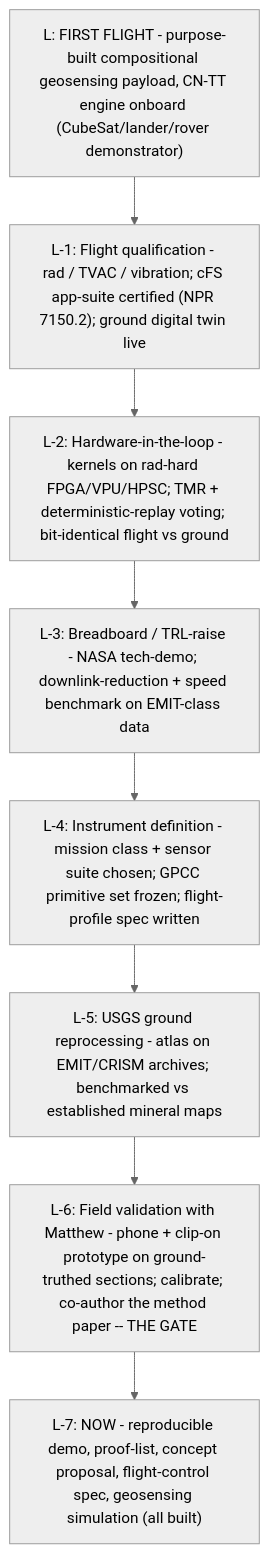
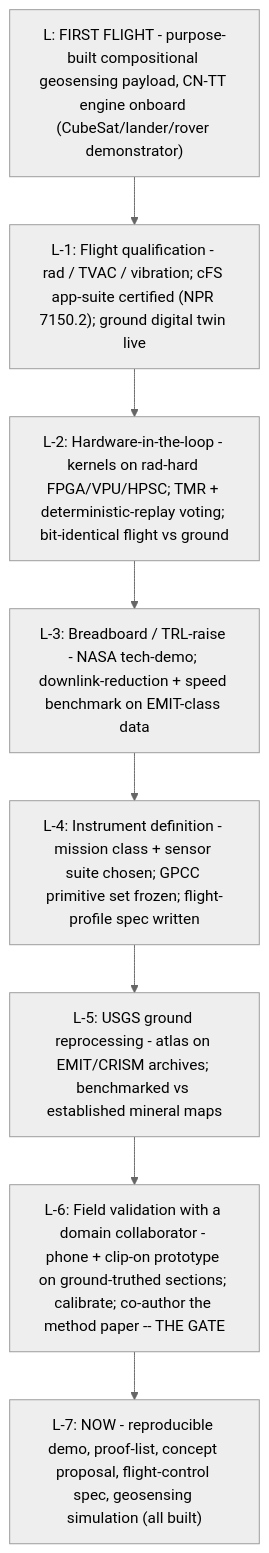
One commit to PeterHiggins19/higgins-decomposition changed the diagram in collaborations/geology-wehner/GEOSENSING_FLIGHT_ROADMAP.md. Above: the diagram before and after it, drawn with Mermaid (neutral theme). The commit also changed other lines of this file and 207 other files, not shown here.

````diff
--- a/collaborations/geology-wehner/GEOSENSING_FLIGHT_ROADMAP.md
+++ b/collaborations/geology-wehner/GEOSENSING_FLIGHT_ROADMAP.md
@@ -35,12 +35,12 @@
 ```mermaid
 flowchart TD
   L["L: FIRST FLIGHT - purpose-built compositional geosensing payload, CN-TT engine onboard (CubeSat/lander/rover demonstrator)"]
   Q["L-1: Flight qualification - rad / TVAC / vibration; cFS app-suite certified (NPR 7150.2); ground digital twin live"]
   H["L-2: Hardware-in-the-loop - kernels on rad-hard FPGA/VPU/HPSC; TMR + deterministic-replay voting; bit-identical flight vs ground"]
   B["L-3: Breadboard / TRL-raise - NASA tech-demo; downlink-reduction + speed benchmark on EMIT-class data"]
   D["L-4: Instrument definition - mission class + sensor suite chosen; GPCC primitive set frozen; flight-profile spec written"]
   U["L-5: USGS ground reprocessing - atlas on EMIT/CRISM archives; benchmarked vs established mineral maps"]
-  M["L-6: Field validation with Matthew - phone + clip-on prototype on ground-truthed sections; calibrate; co-author the method paper -- THE GATE"]
+  M["L-6: Field validation with a domain collaborator - phone + clip-on prototype on ground-truthed sections; calibrate; co-author the method paper -- THE GATE"]
   N["L-7: NOW - reproducible demo, proof-list, concept proposal, flight-control spec, geosensing simulation (all built)"]
   L --> Q --> H --> B --> D --> U --> M --> N
 ```
````
